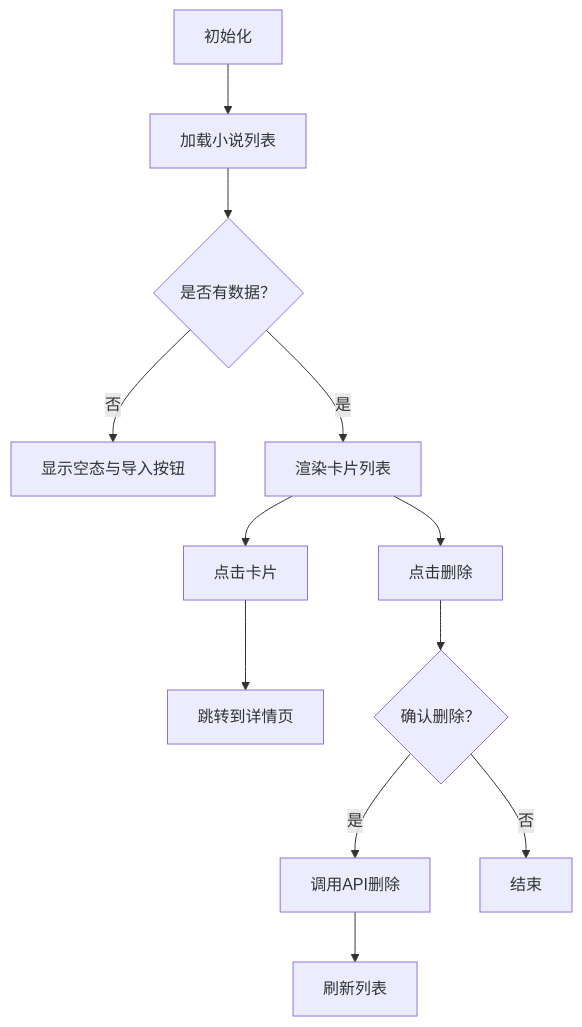
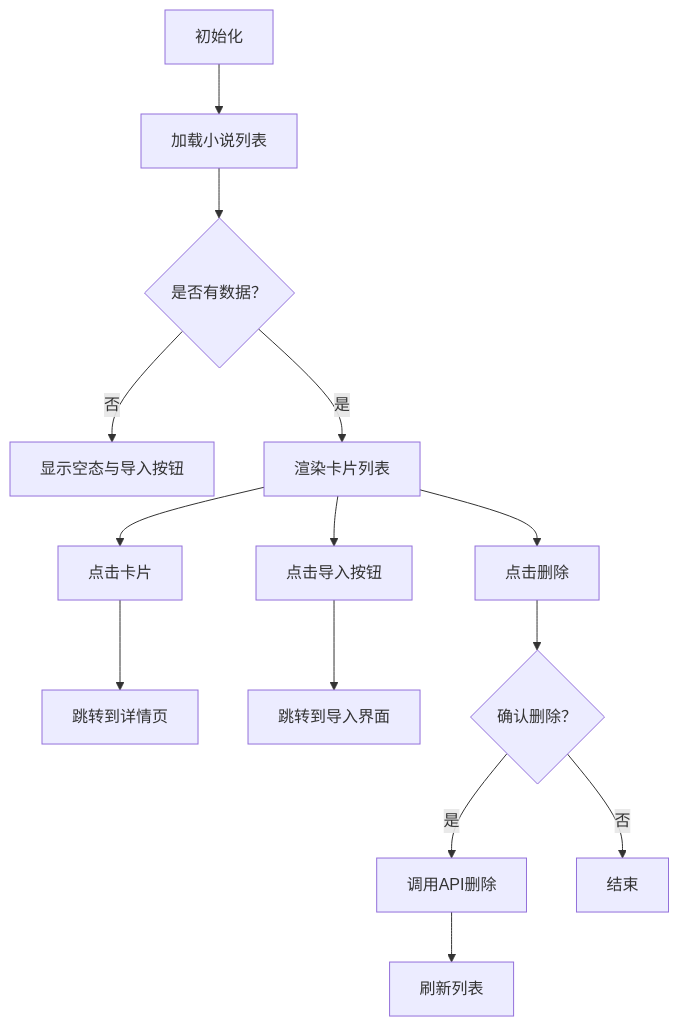
The fifth of 11 diagrams in .qoder/repowiki/zh/content/前端界面设计/前端界面设计.md (octsfm/InkTrace), drawn with Mermaid before and after one commit. The commit also changed other lines of this file and 25 other files, not shown here.

````diff
--- a/.qoder/repowiki/zh/content/前端界面设计/前端界面设计.md
+++ b/.qoder/repowiki/zh/content/前端界面设计/前端界面设计.md
@@ -205,14 +211,16 @@
 ```mermaid
 flowchart TD
 Init["初始化"] --> Load["加载小说列表"]
 Load --> Render{"是否有数据？"}
 Render --> |否| Empty["显示空态与导入按钮"]
 Render --> |是| Cards["渲染卡片列表"]
 Cards --> ClickCard["点击卡片"]
 ClickCard --> Detail["跳转到详情页"]
+Cards --> Import["点击导入按钮"]
+Import --> ImportPage["跳转到导入界面"]
 Cards --> Delete["点击删除"]
 Delete --> Confirm{"确认删除？"}
 Confirm --> |是| DoDelete["调用API删除"]
 DoDelete --> Refresh["刷新列表"]
 Confirm --> |否| End["结束"]
 ```
````
